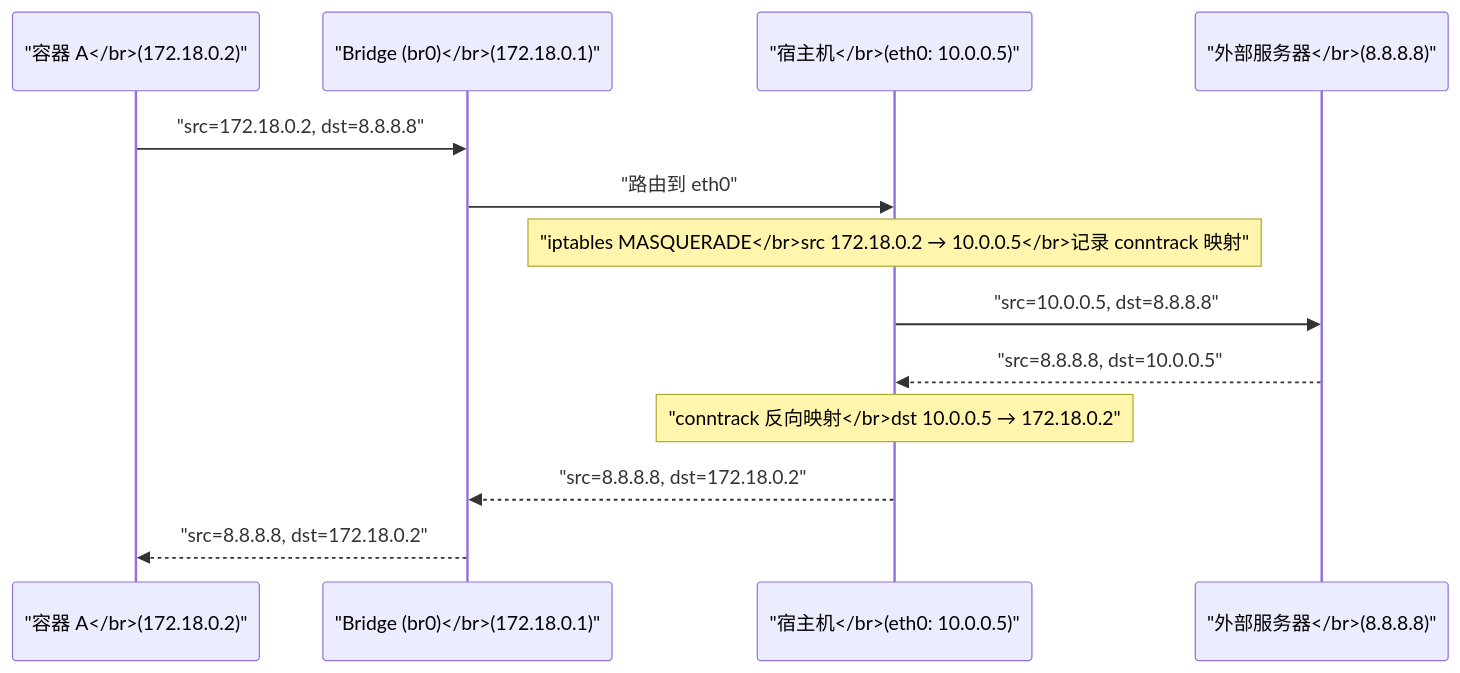
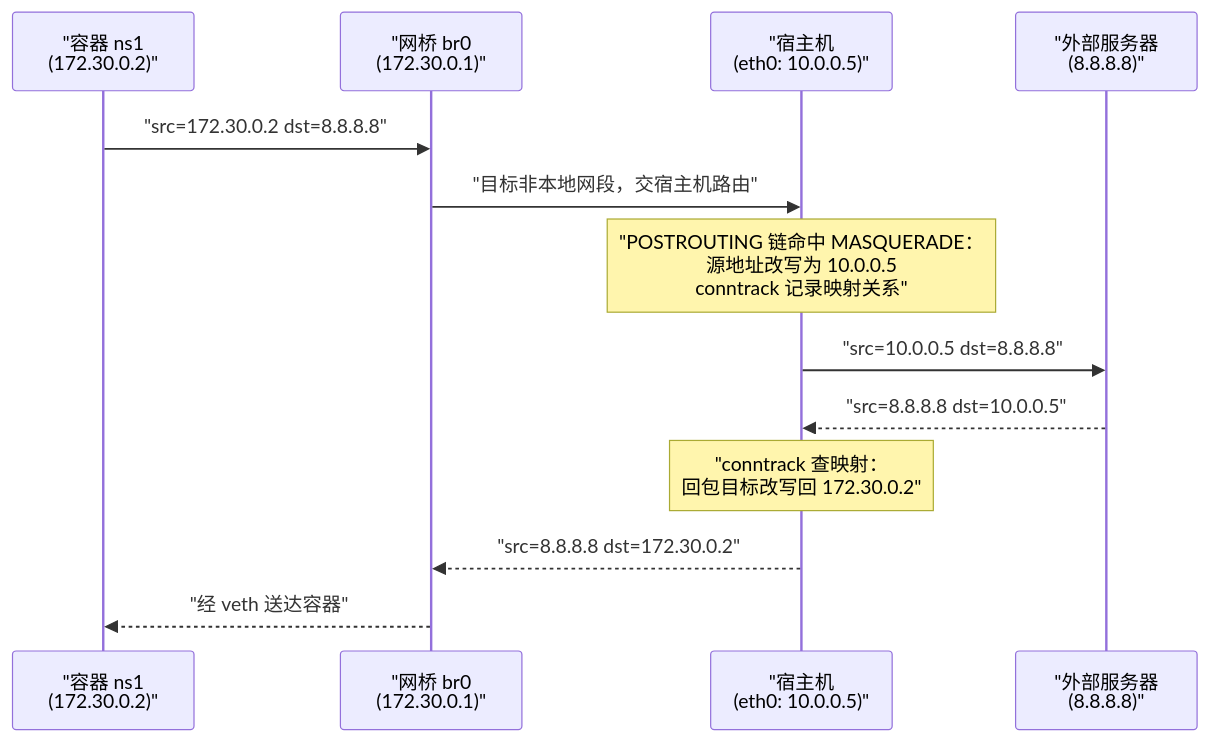
One commit to hpliStartAgain/my-brain changed the first of 2 diagrams in content/云原生/Docker/05 容器网络原理.md. Above: the diagram before and after it, drawn with Mermaid. The commit also changed other lines of this file and 47 other files, not shown here.

````diff
--- a/content/云原生/Docker/05 容器网络原理.md
+++ b/content/云原生/Docker/05 容器网络原理.md
@@ -201,17 +173,17 @@
 ```mermaid
 %%{init: {'theme': 'dracula'}}%%
 sequenceDiagram
-    participant C as "容器 A</br>(172.18.0.2)"
-    participant BR as "Bridge (br0)</br>(172.18.0.1)"
-    participant HOST as "宿主机</br>(eth0: 10.0.0.5)"
-    participant EXT as "外部服务器</br>(8.8.8.8)"
+    participant C as "容器 ns1<br>(172.30.0.2)"
+    participant B as "网桥 br0<br>(172.30.0.1)"
+    participant H as "宿主机<br>(eth0: 10.0.0.5)"
+    participant W as "外部服务器<br>(8.8.8.8)"
 
-    C->>BR: "src=172.18.0.2, dst=8.8.8.8"
-    BR->>HOST: "路由到 eth0"
-    Note over HOST: "iptables MASQUERADE</br>src 172.18.0.2 → 10.0.0.5</br>记录 conntrack 映射"
-    HOST->>EXT: "src=10.0.0.5, dst=8.8.8.8"
-    EXT-->>HOST: "src=8.8.8.8, dst=10.0.0.5"
-    Note over HOST: "conntrack 反向映射</br>dst 10.0.0.5 → 172.18.0.2"
-    HOST-->>BR: "src=8.8.8.8, dst=172.18.0.2"
-    BR-->>C: "src=8.8.8.8, dst=172.18.0.2"
+    C->>B: "src=172.30.0.2 dst=8.8.8.8"
+    B->>H: "目标非本地网段，交宿主机路由"
+    Note over H: "POSTROUTING 链命中 MASQUERADE：<br>源地址改写为 10.0.0.5<br>conntrack 记录映射关系"
+    H->>W: "src=10.0.0.5 dst=8.8.8.8"
+    W-->>H: "src=8.8.8.8 dst=10.0.0.5"
+    Note over H: "conntrack 查映射：<br>回包目标改写回 172.30.0.2"
+    H-->>B: "src=8.8.8.8 dst=172.30.0.2"
+    B-->>C: "经 veth 送达容器"
 ```
````
